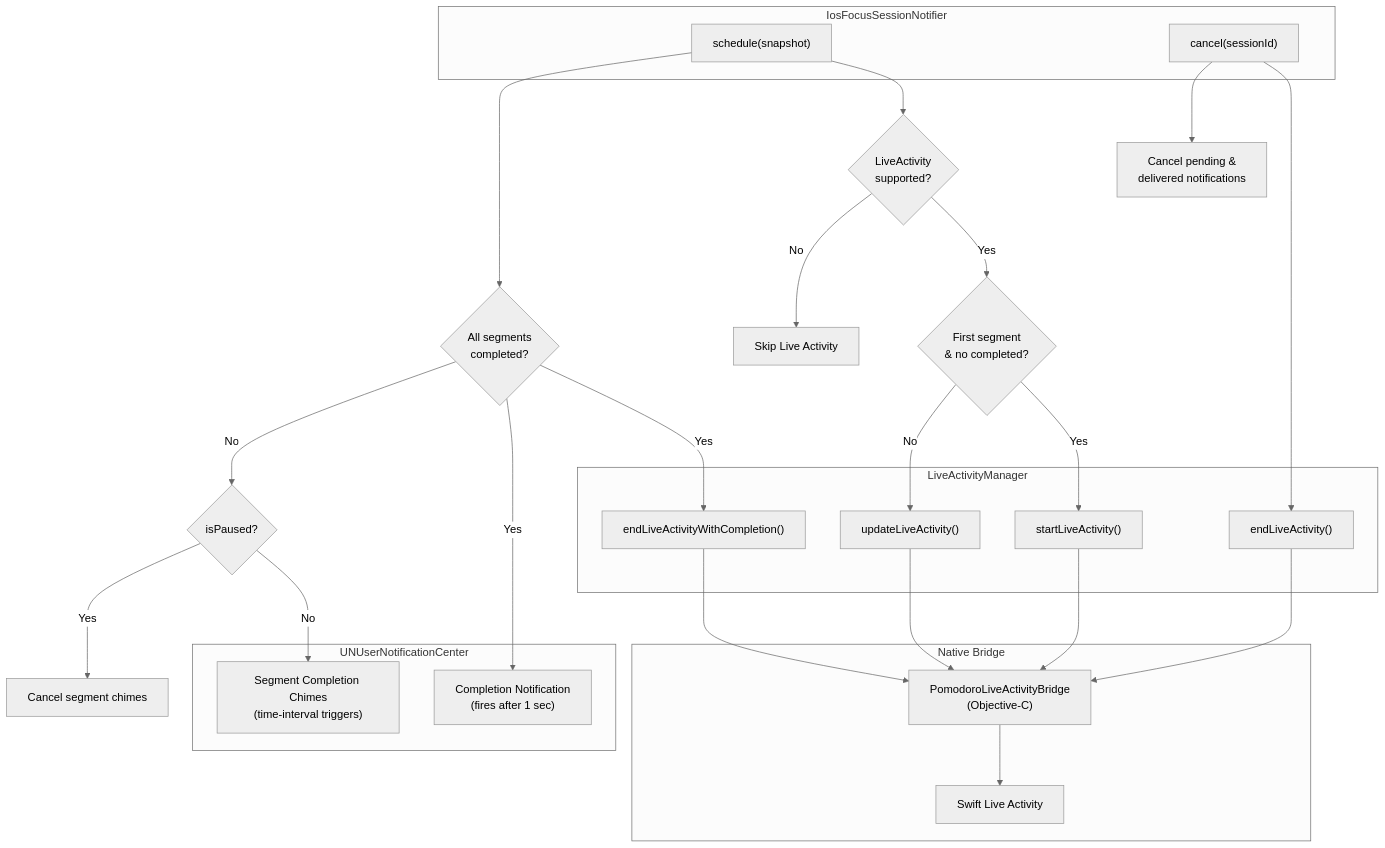
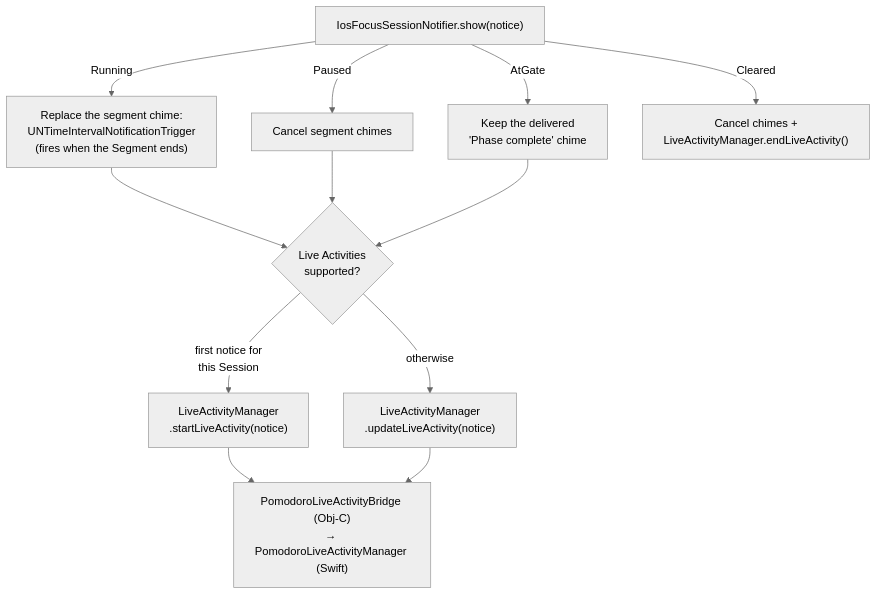
One commit to fakhrymubarak/PomoDojo changed the seventh of 9 diagrams in docs/features/notification/README.md. Above: the diagram before and after it, drawn with Mermaid (neutral theme). The commit also changed other lines of this file and 28 other files, not shown here.

First line of the commit message:
refactor(notification): show one SessionNotice on every platform

````diff
--- a/docs/features/notification/README.md
+++ b/docs/features/notification/README.md
@@ -246,42 +202,15 @@
 ```mermaid
 flowchart TD
-    subgraph IOS_Notifier["IosFocusSessionNotifier"]
-        SCHED["schedule(snapshot)"]
-        CANC["cancel(sessionId)"]
-    end
-
-    subgraph LiveAct["LiveActivityManager"]
-        LA_START["startLiveActivity()"]
-        LA_UPDATE["updateLiveActivity()"]
-        LA_END["endLiveActivity()"]
-        LA_END_C["endLiveActivityWithCompletion()"]
-    end
-
-    subgraph LocalNotif["UNUserNotificationCenter"]
-        COMP_NOTIF["Completion Notification\n(fires after 1 sec)"]
-        SEG_CHIME["Segment Completion Chimes\n(time-interval triggers)"]
-    end
-
-    subgraph Bridge["Native Bridge"]
-        OBJ_C["PomodoroLiveActivityBridge\n(Objective-C)"]
-        SWIFT["Swift Live Activity"]
-    end
-
-    SCHED --> LIVE_CHECK{"LiveActivity\nsupported?"}
-    LIVE_CHECK -->|Yes| FIRST_SEG{"First segment\n& no completed?"}
-    FIRST_SEG -->|Yes| LA_START
-    FIRST_SEG -->|No| LA_UPDATE
-    LIVE_CHECK -->|No| SKIP_LA["Skip Live Activity"]
-    SCHED --> ALL_DONE{"All segments\ncompleted?"}
-    ALL_DONE -->|Yes| LA_END_C
-    ALL_DONE -->|Yes| COMP_NOTIF
-    ALL_DONE -->|No| CHIME_CHECK{"isPaused?"}
-    CHIME_CHECK -->|No| SEG_CHIME
-    CHIME_CHECK -->|Yes| CANCEL_CHIME["Cancel segment chimes"]
-    CANC --> LA_END
-    CANC --> CANCEL_ALL["Cancel pending &\ndelivered notifications"]
-    LA_START --> OBJ_C --> SWIFT
-    LA_UPDATE --> OBJ_C
-    LA_END --> OBJ_C
-    LA_END_C --> OBJ_C
+    SHOW["IosFocusSessionNotifier.show(notice)"]
+    SHOW -->|" Running "| CHIME["Replace the segment chime:\nUNTimeIntervalNotificationTrigger\n(fires when the Segment ends)"]
+    SHOW -->|" Paused "| CANCEL_CHIME["Cancel segment chimes"]
+    SHOW -->|" AtGate "| KEEP["Keep the delivered\n'Phase complete' chime"]
+    SHOW -->|" Cleared "| END["Cancel chimes +\nLiveActivityManager.endLiveActivity()"]
+    CHIME --> LA{"Live Activities\nsupported?"}
+    CANCEL_CHIME --> LA
+    KEEP --> LA
+    LA -->|" first notice for\nthis Session "| START["LiveActivityManager\n.startLiveActivity(notice)"]
+    LA -->|" otherwise "| UPDATE["LiveActivityManager\n.updateLiveActivity(notice)"]
+    START --> BRIDGE["PomodoroLiveActivityBridge (Obj-C)\n→ PomodoroLiveActivityManager (Swift)"]
+    UPDATE --> BRIDGE
 ```
````
